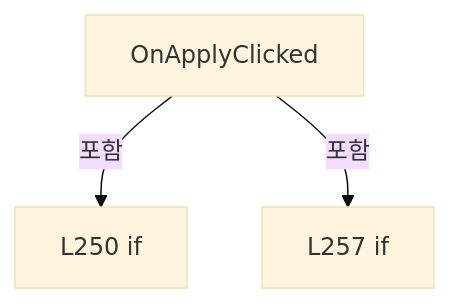
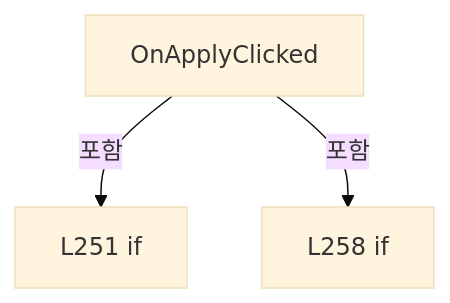
Before and after one commit to kjuws10-rgb/Shared: the eighth of 9 diagrams in A3 LD Code Ref/files/Drilling.UI/Popup/CShiftOffsetDialog.xaml.cs.md, drawn with Mermaid (base theme). The commit also changed other lines of this file and 1984 other files, not shown here.

Commit message:
docs(a3): update 11.17.0 architecture and complete code reference

````diff
--- a/A3 LD Code Ref/files/Drilling.UI/Popup/CShiftOffsetDialog.xaml.cs.md
+++ b/A3 LD Code Ref/files/Drilling.UI/Popup/CShiftOffsetDialog.xaml.cs.md
@@ -1115,8 +1136,8 @@
 ```mermaid
 flowchart TD
  M["OnApplyClicked"]
- N0["L250 if"]
+ N0["L251 if"]
  M -->|포함| N0
- N1["L257 if"]
+ N1["L258 if"]
  M -->|포함| N1
 ```
````
